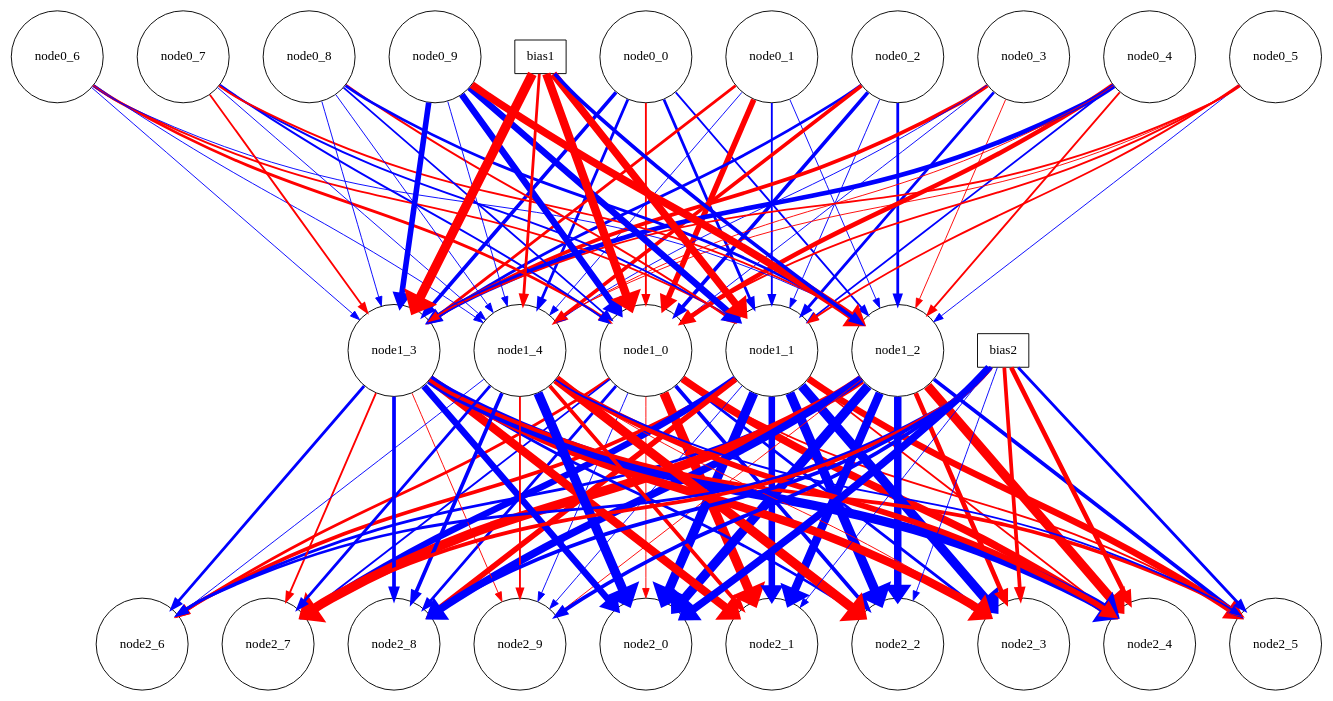
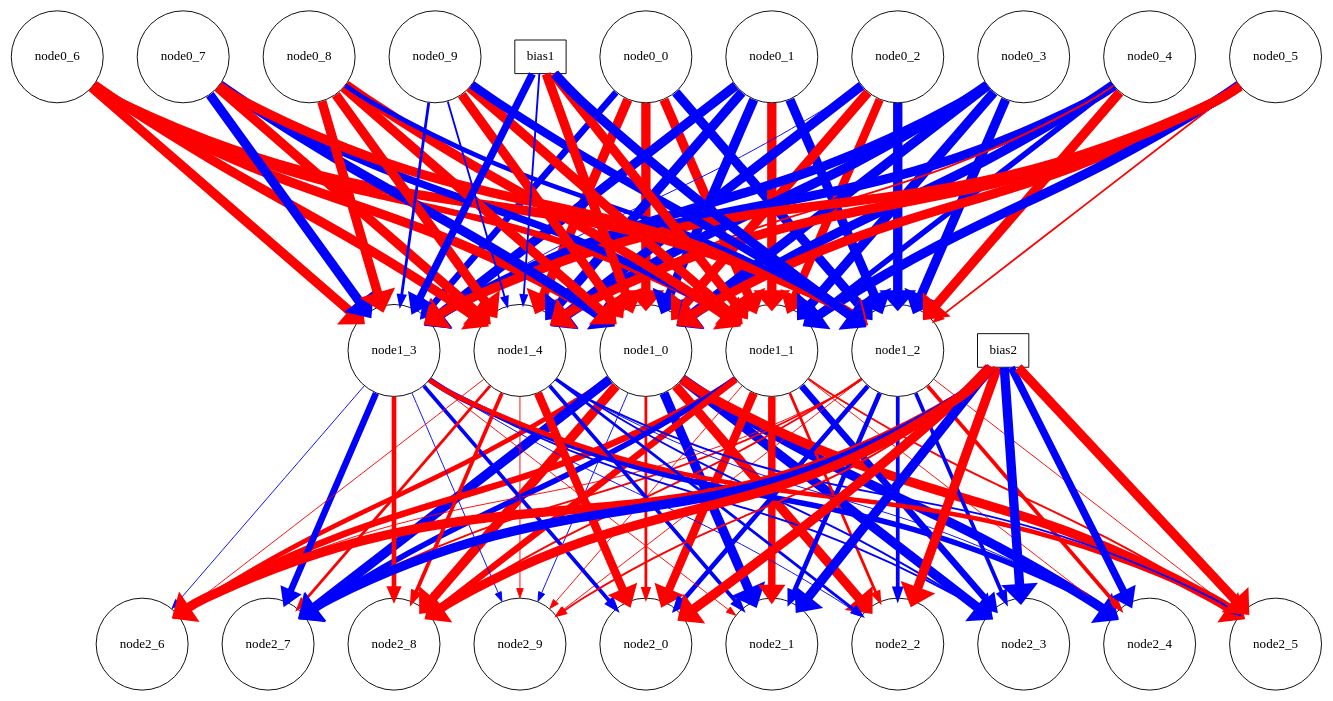
The diagram in data/FXAutoEncoderTest.dot (verxirtam/autoEncoder), drawn with Graphviz before and after one commit. The commit also changed 14 other files, not shown here.

```diff
--- a/data/FXAutoEncoderTest.dot
+++ b/data/FXAutoEncoderTest.dot
@@ -1,148 +1,148 @@
 digraph {
 graph[rank_dir = LR, nodesep=0.5, ranksep=3.0];
 node0_0 [shape=circle];
 node0_1 [shape=circle];
 node0_2 [shape=circle];
 node0_3 [shape=circle];
 node0_4 [shape=circle];
 node0_5 [shape=circle];
 node0_6 [shape=circle];
 node0_7 [shape=circle];
 node0_8 [shape=circle];
 node0_9 [shape=circle];
 bias1 [shape=box];
 node1_0 [shape=circle];
 node1_1 [shape=circle];
 node1_2 [shape=circle];
 node1_3 [shape=circle];
 node1_4 [shape=circle];
 bias2 [shape=box];
 node2_0 [shape=circle];
 node2_1 [shape=circle];
 node2_2 [shape=circle];
 node2_3 [shape=circle];
 node2_4 [shape=circle];
 node2_5 [shape=circle];
 node2_6 [shape=circle];
 node2_7 [shape=circle];
 node2_8 [shape=circle];
 node2_9 [shape=circle];
-node0_0 -> node1_0[color = red,penwidth = 2];
-node0_0 -> node1_1[color = blue,penwidth = 3];
-node0_0 -> node1_2[color = blue,penwidth = 2];
-node0_0 -> node1_3[color = blue,penwidth = 4];
-node0_0 -> node1_4[color = blue,penwidth = 3];
-node0_1 -> node1_0[color = red,penwidth = 6];
-node0_1 -> node1_1[color = blue,penwidth = 2];
-node0_1 -> node1_2[color = blue,penwidth = 1];
-node0_1 -> node1_3[color = red,penwidth = 3];
-node0_1 -> node1_4[color = blue,penwidth = 1];
-node0_2 -> node1_0[color = blue,penwidth = 4];
-node0_2 -> node1_1[color = blue,penwidth = 1];
-node0_2 -> node1_2[color = blue,penwidth = 3];
-node0_2 -> node1_3[color = blue,penwidth = 3];
-node0_2 -> node1_4[color = red,penwidth = 4];
-node0_3 -> node1_0[color = blue,penwidth = 1];
-node0_3 -> node1_1[color = blue,penwidth = 3];
-node0_3 -> node1_2[color = red,penwidth = 1];
-node0_3 -> node1_3[color = red,penwidth = 4];
-node0_3 -> node1_4[color = blue,penwidth = 1];
-node0_4 -> node1_0[color = red,penwidth = 5];
-node0_4 -> node1_1[color = blue,penwidth = 2];
-node0_4 -> node1_2[color = red,penwidth = 2];
-node0_4 -> node1_3[color = blue,penwidth = 5];
-node0_4 -> node1_4[color = red,penwidth = 1];
-node0_5 -> node1_0[color = red,penwidth = 2];
-node0_5 -> node1_1[color = red,penwidth = 2];
-node0_5 -> node1_2[color = blue,penwidth = 1];
-node0_5 -> node1_3[color = red,penwidth = 2];
-node0_5 -> node1_4[color = red,penwidth = 1];
-node0_6 -> node1_0[color = red,penwidth = 3];
-node0_6 -> node1_1[color = red,penwidth = 2];
-node0_6 -> node1_2[color = blue,penwidth = 1];
-node0_6 -> node1_3[color = blue,penwidth = 1];
-node0_6 -> node1_4[color = blue,penwidth = 1];
-node0_7 -> node1_0[color = blue,penwidth = 2];
-node0_7 -> node1_1[color = blue,penwidth = 2];
-node0_7 -> node1_2[color = red,penwidth = 2];
-node0_7 -> node1_3[color = red,penwidth = 2];
-node0_7 -> node1_4[color = blue,penwidth = 1];
-node0_8 -> node1_0[color = blue,penwidth = 2];
-node0_8 -> node1_1[color = red,penwidth = 2];
-node0_8 -> node1_2[color = blue,penwidth = 3];
-node0_8 -> node1_3[color = blue,penwidth = 1];
-node0_8 -> node1_4[color = blue,penwidth = 1];
-node0_9 -> node1_0[color = blue,penwidth = 7];
-node0_9 -> node1_1[color = blue,penwidth = 7];
-node0_9 -> node1_2[color = red,penwidth = 8];
-node0_9 -> node1_3[color = blue,penwidth = 6];
-node0_9 -> node1_4[color = blue,penwidth = 1];
-bias1 -> node1_0[color = red,penwidth = 9];
-bias1 -> node1_1[color = red,penwidth = 8];
-bias1 -> node1_2[color = blue,penwidth = 4];
-bias1 -> node1_3[color = red,penwidth = 10];
-bias1 -> node1_4[color = red,penwidth = 3];
-node1_0 -> node2_0[color = red,penwidth = 1];
-node1_0 -> node2_1[color = red,penwidth = 10];
-node1_0 -> node2_2[color = blue,penwidth = 4];
-node1_0 -> node2_3[color = blue,penwidth = 3];
-node1_0 -> node2_4[color = red,penwidth = 8];
-node1_0 -> node2_5[color = red,penwidth = 2];
-node1_0 -> node2_6[color = red,penwidth = 3];
-node1_0 -> node2_7[color = blue,penwidth = 2];
-node1_0 -> node2_8[color = blue,penwidth = 3];
+node0_0 -> node1_0[color = red,penwidth = 10];
+node0_0 -> node1_1[color = red,penwidth = 10];
+node0_0 -> node1_2[color = blue,penwidth = 10];
+node0_0 -> node1_3[color = blue,penwidth = 7];
+node0_0 -> node1_4[color = red,penwidth = 10];
+node0_1 -> node1_0[color = blue,penwidth = 10];
+node0_1 -> node1_1[color = red,penwidth = 10];
+node0_1 -> node1_2[color = blue,penwidth = 10];
+node0_1 -> node1_3[color = blue,penwidth = 10];
+node0_1 -> node1_4[color = blue,penwidth = 10];
+node0_2 -> node1_0[color = red,penwidth = 10];
+node0_2 -> node1_1[color = red,penwidth = 9];
+node0_2 -> node1_2[color = blue,penwidth = 10];
+node0_2 -> node1_3[color = blue,penwidth = 1];
+node0_2 -> node1_4[color = blue,penwidth = 10];
+node0_3 -> node1_0[color = blue,penwidth = 10];
+node0_3 -> node1_1[color = blue,penwidth = 10];
+node0_3 -> node1_2[color = blue,penwidth = 10];
+node0_3 -> node1_3[color = blue,penwidth = 10];
+node0_3 -> node1_4[color = blue,penwidth = 10];
+node0_4 -> node1_0[color = blue,penwidth = 10];
+node0_4 -> node1_1[color = blue,penwidth = 6];
+node0_4 -> node1_2[color = red,penwidth = 10];
+node0_4 -> node1_3[color = blue,penwidth = 10];
+node0_4 -> node1_4[color = red,penwidth = 2];
+node0_5 -> node1_0[color = red,penwidth = 10];
+node0_5 -> node1_1[color = blue,penwidth = 10];
+node0_5 -> node1_2[color = red,penwidth = 2];
+node0_5 -> node1_3[color = red,penwidth = 10];
+node0_5 -> node1_4[color = red,penwidth = 10];
+node0_6 -> node1_0[color = red,penwidth = 10];
+node0_6 -> node1_1[color = red,penwidth = 7];
+node0_6 -> node1_2[color = red,penwidth = 10];
+node0_6 -> node1_3[color = red,penwidth = 10];
+node0_6 -> node1_4[color = red,penwidth = 10];
+node0_7 -> node1_0[color = blue,penwidth = 10];
+node0_7 -> node1_1[color = blue,penwidth = 8];
+node0_7 -> node1_2[color = red,penwidth = 10];
+node0_7 -> node1_3[color = blue,penwidth = 10];
+node0_7 -> node1_4[color = red,penwidth = 10];
+node0_8 -> node1_0[color = red,penwidth = 10];
+node0_8 -> node1_1[color = red,penwidth = 10];
+node0_8 -> node1_2[color = blue,penwidth = 5];
+node0_8 -> node1_3[color = red,penwidth = 10];
+node0_8 -> node1_4[color = red,penwidth = 10];
+node0_9 -> node1_0[color = red,penwidth = 10];
+node0_9 -> node1_1[color = red,penwidth = 10];
+node0_9 -> node1_2[color = blue,penwidth = 9];
+node0_9 -> node1_3[color = blue,penwidth = 3];
+node0_9 -> node1_4[color = blue,penwidth = 2];
+bias1 -> node1_0[color = red,penwidth = 10];
+bias1 -> node1_1[color = red,penwidth = 10];
+bias1 -> node1_2[color = blue,penwidth = 10];
+bias1 -> node1_3[color = blue,penwidth = 8];
+bias1 -> node1_4[color = blue,penwidth = 2];
+node1_0 -> node2_0[color = red,penwidth = 3];
+node1_0 -> node2_1[color = blue,penwidth = 10];
+node1_0 -> node2_2[color = red,penwidth = 10];
+node1_0 -> node2_3[color = blue,penwidth = 10];
+node1_0 -> node2_4[color = blue,penwidth = 10];
+node1_0 -> node2_5[color = red,penwidth = 10];
+node1_0 -> node2_6[color = red,penwidth = 5];
+node1_0 -> node2_7[color = blue,penwidth = 10];
+node1_0 -> node2_8[color = red,penwidth = 10];
 node1_0 -> node2_9[color = blue,penwidth = 1];
-node1_1 -> node2_0[color = blue,penwidth = 10];
-node1_1 -> node2_1[color = blue,penwidth = 7];
-node1_1 -> node2_2[color = blue,penwidth = 10];
-node1_1 -> node2_3[color = blue,penwidth = 10];
-node1_1 -> node2_4[color = red,penwidth = 2];
-node1_1 -> node2_5[color = red,penwidth = 7];
-node1_1 -> node2_6[color = red,penwidth = 4];
-node1_1 -> node2_7[color = blue,penwidth = 7];
-node1_1 -> node2_8[color = red,penwidth = 6];
-node1_1 -> node2_9[color = blue,penwidth = 1];
-node1_2 -> node2_0[color = blue,penwidth = 10];
-node1_2 -> node2_1[color = blue,penwidth = 9];
-node1_2 -> node2_2[color = blue,penwidth = 8];
-node1_2 -> node2_3[color = red,penwidth = 5];
-node1_2 -> node2_4[color = red,penwidth = 10];
-node1_2 -> node2_5[color = blue,penwidth = 4];
-node1_2 -> node2_6[color = blue,penwidth = 3];
-node1_2 -> node2_7[color = red,penwidth = 10];
-node1_2 -> node2_8[color = blue,penwidth = 8];
+node1_1 -> node2_0[color = red,penwidth = 9];
+node1_1 -> node2_1[color = red,penwidth = 8];
+node1_1 -> node2_2[color = red,penwidth = 3];
+node1_1 -> node2_3[color = blue,penwidth = 7];
+node1_1 -> node2_4[color = red,penwidth = 1];
+node1_1 -> node2_5[color = red,penwidth = 2];
+node1_1 -> node2_6[color = red,penwidth = 7];
+node1_1 -> node2_7[color = blue,penwidth = 6];
+node1_1 -> node2_8[color = red,penwidth = 7];
+node1_1 -> node2_9[color = red,penwidth = 1];
+node1_2 -> node2_0[color = blue,penwidth = 5];
+node1_2 -> node2_1[color = blue,penwidth = 5];
+node1_2 -> node2_2[color = blue,penwidth = 4];
+node1_2 -> node2_3[color = blue,penwidth = 4];
+node1_2 -> node2_4[color = red,penwidth = 4];
+node1_2 -> node2_5[color = red,penwidth = 1];
+node1_2 -> node2_6[color = red,penwidth = 1];
+node1_2 -> node2_7[color = red,penwidth = 2];
+node1_2 -> node2_8[color = red,penwidth = 2];
 node1_2 -> node2_9[color = red,penwidth = 1];
-node1_3 -> node2_0[color = blue,penwidth = 7];
-node1_3 -> node2_1[color = red,penwidth = 9];
-node1_3 -> node2_2[color = blue,penwidth = 3];
-node1_3 -> node2_3[color = red,penwidth = 9];
-node1_3 -> node2_4[color = blue,penwidth = 10];
-node1_3 -> node2_5[color = red,penwidth = 4];
-node1_3 -> node2_6[color = blue,penwidth = 3];
-node1_3 -> node2_7[color = red,penwidth = 2];
-node1_3 -> node2_8[color = blue,penwidth = 4];
-node1_3 -> node2_9[color = red,penwidth = 1];
-node1_4 -> node2_0[color = blue,penwidth = 10];
-node1_4 -> node2_1[color = red,penwidth = 4];
-node1_4 -> node2_2[color = red,penwidth = 10];
-node1_4 -> node2_3[color = red,penwidth = 1];
-node1_4 -> node2_4[color = red,penwidth = 6];
+node1_3 -> node2_0[color = blue,penwidth = 4];
+node1_3 -> node2_1[color = red,penwidth = 1];
+node1_3 -> node2_2[color = blue,penwidth = 1];
+node1_3 -> node2_3[color = blue,penwidth = 2];
+node1_3 -> node2_4[color = blue,penwidth = 6];
+node1_3 -> node2_5[color = red,penwidth = 5];
+node1_3 -> node2_6[color = blue,penwidth = 1];
+node1_3 -> node2_7[color = blue,penwidth = 7];
+node1_3 -> node2_8[color = red,penwidth = 5];
+node1_3 -> node2_9[color = blue,penwidth = 1];
+node1_4 -> node2_0[color = red,penwidth = 9];
+node1_4 -> node2_1[color = blue,penwidth = 4];
+node1_4 -> node2_2[color = blue,penwidth = 3];
+node1_4 -> node2_3[color = blue,penwidth = 2];
+node1_4 -> node2_4[color = blue,penwidth = 1];
 node1_4 -> node2_5[color = blue,penwidth = 2];
-node1_4 -> node2_6[color = blue,penwidth = 1];
-node1_4 -> node2_7[color = blue,penwidth = 3];
-node1_4 -> node2_8[color = blue,penwidth = 4];
-node1_4 -> node2_9[color = red,penwidth = 2];
-bias2 -> node2_0[color = blue,penwidth = 8];
-bias2 -> node2_1[color = blue,penwidth = 1];
-bias2 -> node2_2[color = blue,penwidth = 1];
-bias2 -> node2_3[color = red,penwidth = 4];
-bias2 -> node2_4[color = red,penwidth = 5];
-bias2 -> node2_5[color = blue,penwidth = 3];
-bias2 -> node2_6[color = blue,penwidth = 3];
-bias2 -> node2_7[color = red,penwidth = 4];
-bias2 -> node2_8[color = blue,penwidth = 4];
-bias2 -> node2_9[color = blue,penwidth = 4];
+node1_4 -> node2_6[color = red,penwidth = 1];
+node1_4 -> node2_7[color = red,penwidth = 3];
+node1_4 -> node2_8[color = red,penwidth = 4];
+node1_4 -> node2_9[color = red,penwidth = 1];
+bias2 -> node2_0[color = red,penwidth = 10];
+bias2 -> node2_1[color = blue,penwidth = 10];
+bias2 -> node2_2[color = red,penwidth = 10];
+bias2 -> node2_3[color = blue,penwidth = 10];
+bias2 -> node2_4[color = blue,penwidth = 8];
+bias2 -> node2_5[color = red,penwidth = 10];
+bias2 -> node2_6[color = red,penwidth = 10];
+bias2 -> node2_7[color = blue,penwidth = 10];
+bias2 -> node2_8[color = red,penwidth = 10];
+bias2 -> node2_9[color = red,penwidth = 2];
 {rank = same; node0_0; node0_1; node0_2; node0_3; node0_4; node0_5; node0_6; node0_7; node0_8; node0_9; bias1; }
 {rank = same; node1_0; node1_1; node1_2; node1_3; node1_4; bias2; }
 {rank = same; node2_0; node2_1; node2_2; node2_3; node2_4; node2_5; node2_6; node2_7; node2_8; node2_9; }
 }
```
